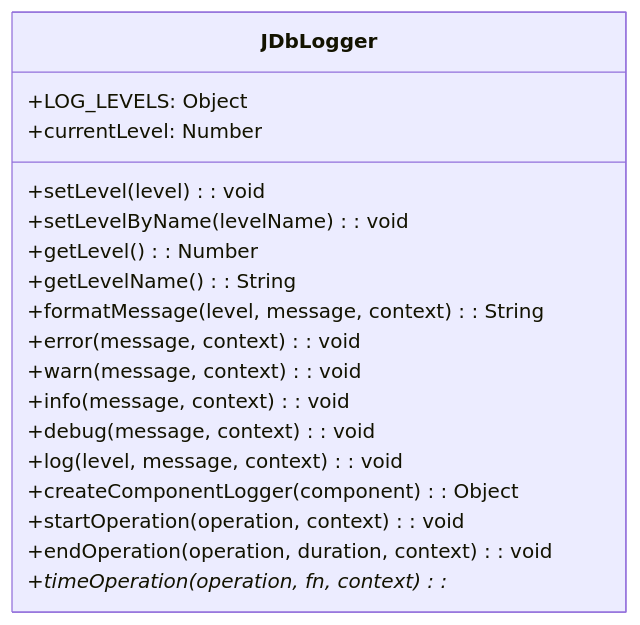
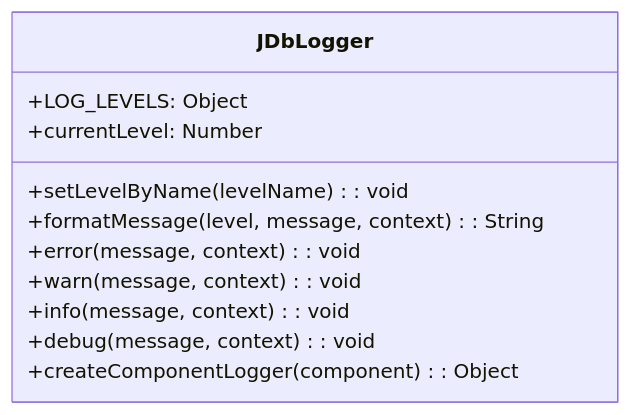
Diagram 12 of 19 in docs/developers/Class_Diagrams.md (h-arnold/JsonDbApp), drawn with Mermaid before and after one commit. The commit also changed other lines of this file and 19 other files, not shown here.

````diff
--- a/docs/developers/Class_Diagrams.md
+++ b/docs/developers/Class_Diagrams.md
@@ -334,21 +334,14 @@
 ```mermaid
 classDiagram
     class JDbLogger {
         +LOG_LEVELS: Object
         +currentLevel: Number
-        +setLevel(level): void
         +setLevelByName(levelName): void
-        +getLevel(): Number
-        +getLevelName(): String
         +formatMessage(level, message, context): String
         +error(message, context): void
         +warn(message, context): void
         +info(message, context): void
         +debug(message, context): void
-        +log(level, message, context): void
         +createComponentLogger(component): Object
-        +startOperation(operation, context): void
-        +endOperation(operation, duration, context): void
-        +timeOperation(operation, fn, context): *
     }
 ```
````
